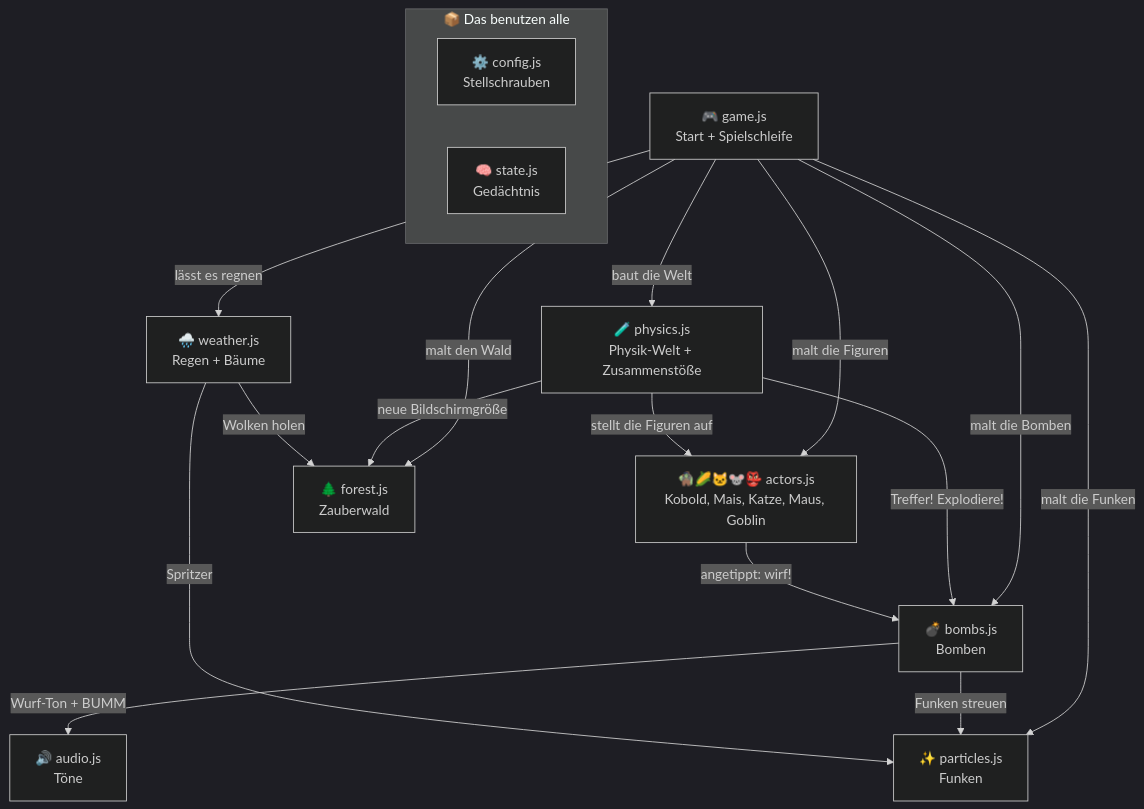
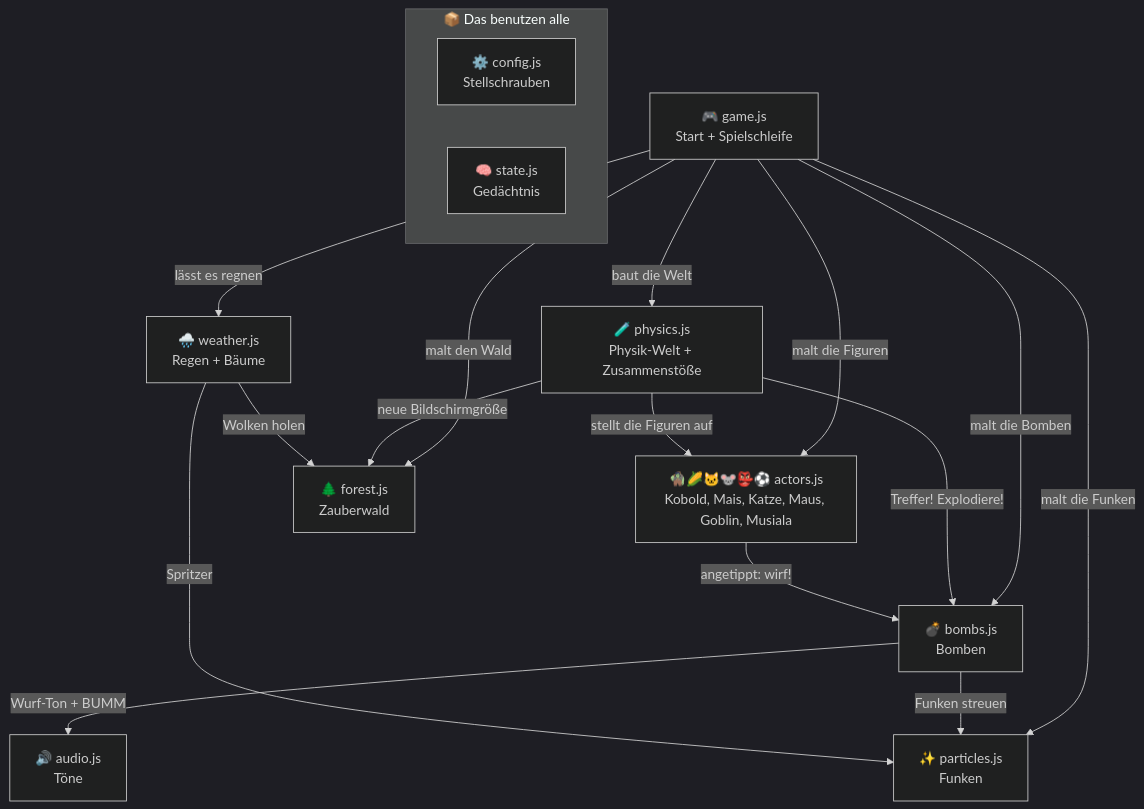
One commit to felixinberlin/Jugendklub-Lieberose changed the diagram in js/README.md. Above: the diagram before and after it, drawn with Mermaid (dark theme). The commit also changed other lines of this file and 6 other files, not shown here.

````diff
--- a/js/README.md
+++ b/js/README.md
@@ -29,33 +29,33 @@
 ```mermaid
 flowchart TD
     game["🎮 game.js<br/>Start + Spielschleife"]
     physics["🧪 physics.js<br/>Physik-Welt + Zusammenstöße"]
-    actors["🧌🌽🐱🐭👺 actors.js<br/>Kobold, Mais, Katze, Maus, Goblin"]
+    actors["🧌🌽🐱🐭👺⚽ actors.js<br/>Kobold, Mais, Katze, Maus, Goblin, Musiala"]
     bombs["💣 bombs.js<br/>Bomben"]
     forest["🌲 forest.js<br/>Zauberwald"]
     particles["✨ particles.js<br/>Funken"]
     weather["🌧️ weather.js<br/>Regen + Bäume"]
     audio["🔊 audio.js<br/>Töne"]
 
     game -->|"baut die Welt"| physics
     game -->|"malt den Wald"| forest
     game -->|"lässt es regnen"| weather
     game -->|"malt die Figuren"| actors
     game -->|"malt die Bomben"| bombs
     game -->|"malt die Funken"| particles
 
     physics -->|"stellt die Figuren auf"| actors
     physics -->|"Treffer! Explodiere!"| bombs
     physics -->|"neue Bildschirmgröße"| forest
 
     actors -->|"angetippt: wirf!"| bombs
     bombs -->|"Funken streuen"| particles
     bombs -->|"Wurf-Ton + BUMM"| audio
     weather -->|"Spritzer"| particles
     weather -->|"Wolken holen"| forest
 
     subgraph alle ["📦 Das benutzen alle"]
         config["⚙️ config.js<br/>Stellschrauben"]
         state["🧠 state.js<br/>Gedächtnis"]
     end
 ```
````
